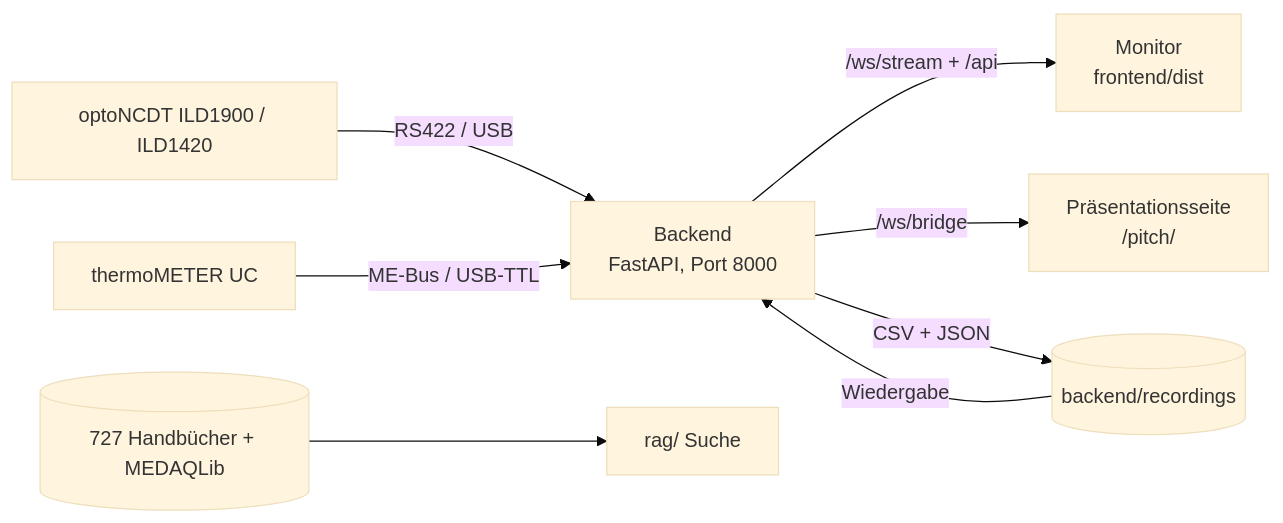
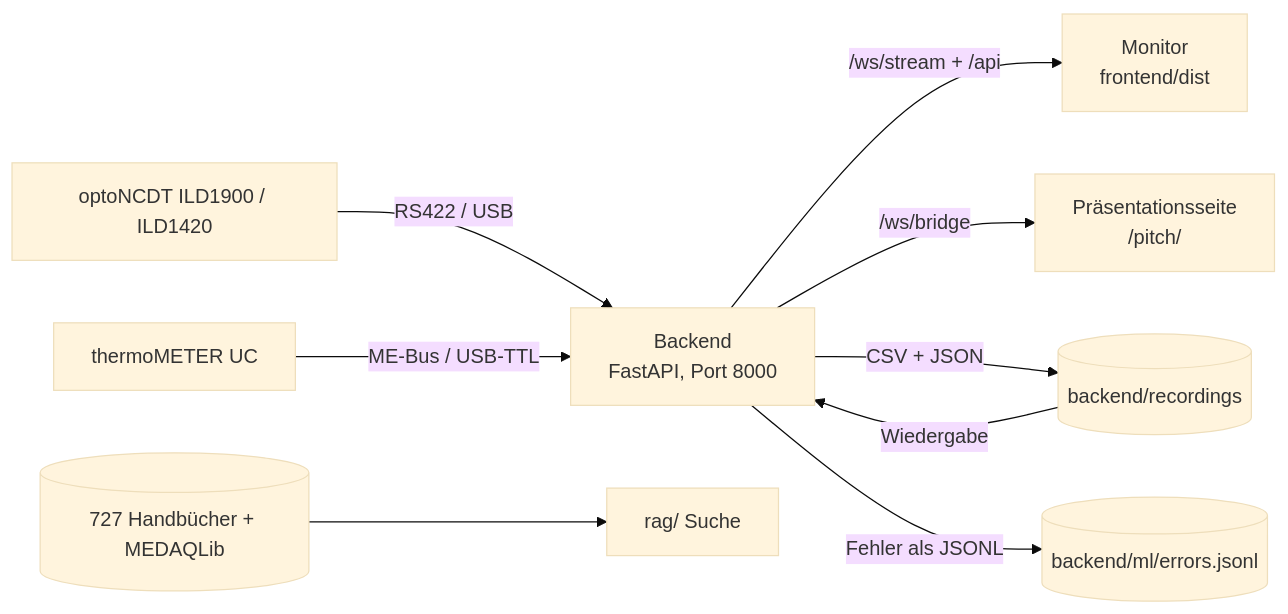
The diagram in README.md (ABChanakya/Hackathon-micron-epsilon), drawn with Mermaid (base theme) before and after one commit. The commit also changed other lines of this file and 10 other files, not shown here.

````diff
--- a/README.md
+++ b/README.md
@@ -43,10 +56,11 @@
 ```mermaid
 flowchart LR
   S1[optoNCDT ILD1900 / ILD1420] -- RS422 / USB --> B
   S2[thermoMETER UC] -- ME-Bus / USB-TTL --> B
   B[Backend<br/>FastAPI, Port 8000] -- /ws/stream + /api --> M[Monitor<br/>frontend/dist]
   B -- /ws/bridge --> L[Präsentationsseite<br/>/pitch/]
   B -- CSV + JSON --> R[(backend/recordings)]
+  B -- Fehler als JSONL --> E[(backend/ml/errors.jsonl)]
   R -- Wiedergabe --> B
   D[(727 Handbücher + MEDAQLib)] --> Q[rag/ Suche]
 ```
````
